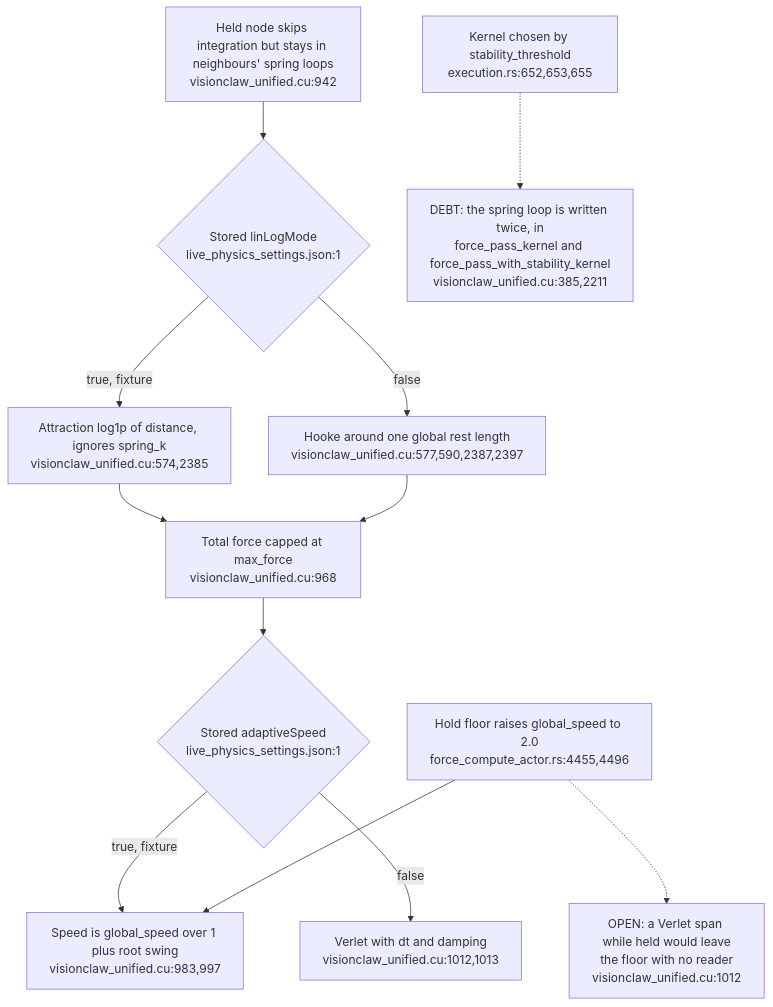
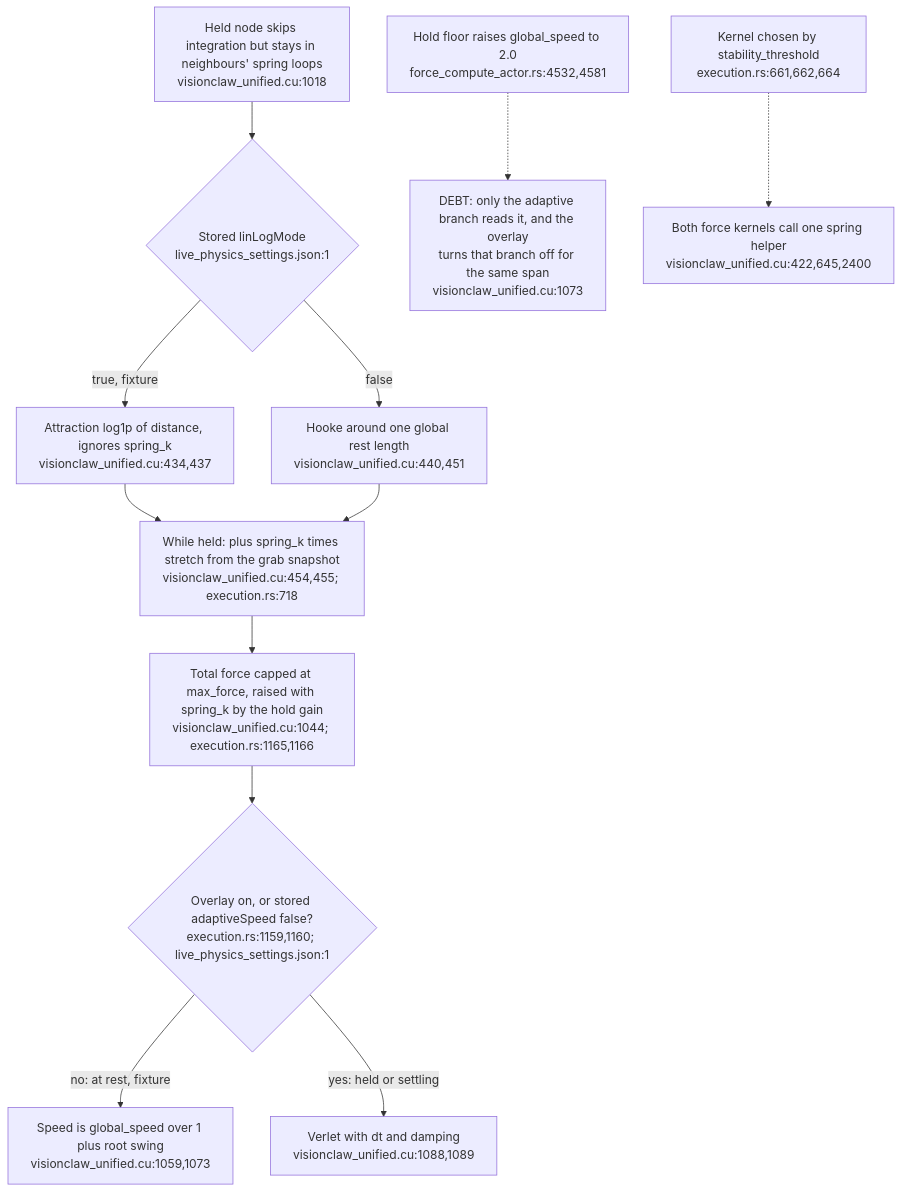
Before and after one commit to DreamLab-AI/VisionFlow: the fourth of 4 diagrams in docs/diagrams/visionclaw/54-layout-mode-step-cadence-and-settle.md, drawn with Mermaid. The commit also changed other lines of this file and 173 other files, not shown here.

````diff
--- a/docs/diagrams/visionclaw/54-layout-mode-step-cadence-and-settle.md
+++ b/docs/diagrams/visionclaw/54-layout-mode-step-cadence-and-settle.md
@@ -87,14 +87,14 @@
 ```mermaid
 flowchart TD
-    PIN["Held node skips integration but stays in neighbours' spring loops<br/>visionclaw_unified.cu:942"] --> ATT{"Stored linLogMode<br/>live_physics_settings.json:1"}
-    ATT -->|true, fixture| LOG["Attraction log1p of distance, ignores spring_k<br/>visionclaw_unified.cu:574,2385"]
-    ATT -->|false| HOOKE["Hooke around one global rest length<br/>visionclaw_unified.cu:577,590,2387,2397"]
-    LOG --> CAP["Total force capped at max_force<br/>visionclaw_unified.cu:968"]
-    HOOKE --> CAP
-    CAP --> INT{"Stored adaptiveSpeed<br/>live_physics_settings.json:1"}
-    INT -->|true, fixture| AD["Speed is global_speed over 1 plus root swing<br/>visionclaw_unified.cu:983,997"]
-    INT -->|false| VER["Verlet with dt and damping<br/>visionclaw_unified.cu:1012,1013"]
-    FLOOR["Hold floor raises global_speed to 2.0<br/>force_compute_actor.rs:4455,4496"] --> AD
-    FLOOR -.-> GAP["OPEN: a Verlet span while held would leave<br/>the floor with no reader<br/>visionclaw_unified.cu:1012"]
-    SEL["Kernel chosen by stability_threshold<br/>execution.rs:652,653,655"] -.-> TWIN["DEBT: the spring loop is written twice, in<br/>force_pass_kernel and force_pass_with_stability_kernel<br/>visionclaw_unified.cu:385,2211"]
+    PIN["Held node skips integration but stays in neighbours' spring loops<br/>visionclaw_unified.cu:1018"] --> ATT{"Stored linLogMode<br/>live_physics_settings.json:1"}
+    ATT -->|true, fixture| LOG["Attraction log1p of distance, ignores spring_k<br/>visionclaw_unified.cu:434,437"]
+    ATT -->|false| HOOKE["Hooke around one global rest length<br/>visionclaw_unified.cu:440,451"]
+    LOG --> OVL["While held: plus spring_k times stretch from the grab snapshot<br/>visionclaw_unified.cu:454,455; execution.rs:718"]
+    HOOKE --> OVL
+    OVL --> CAP["Total force capped at max_force, raised with spring_k by the hold gain<br/>visionclaw_unified.cu:1044; execution.rs:1165,1166"]
+    CAP --> INT{"Overlay on, or stored adaptiveSpeed false?<br/>execution.rs:1159,1160; live_physics_settings.json:1"}
+    INT -->|no: at rest, fixture| AD["Speed is global_speed over 1 plus root swing<br/>visionclaw_unified.cu:1059,1073"]
+    INT -->|yes: held or settling| VER["Verlet with dt and damping<br/>visionclaw_unified.cu:1088,1089"]
+    FLOOR["Hold floor raises global_speed to 2.0<br/>force_compute_actor.rs:4532,4581"] -.-> GAP["DEBT: only the adaptive branch reads it, and the overlay<br/>turns that branch off for the same span<br/>visionclaw_unified.cu:1073"]
+    SEL["Kernel chosen by stability_threshold<br/>execution.rs:661,662,664"] -.-> ONE["Both force kernels call one spring helper<br/>visionclaw_unified.cu:422,645,2400"]
 ```
````
